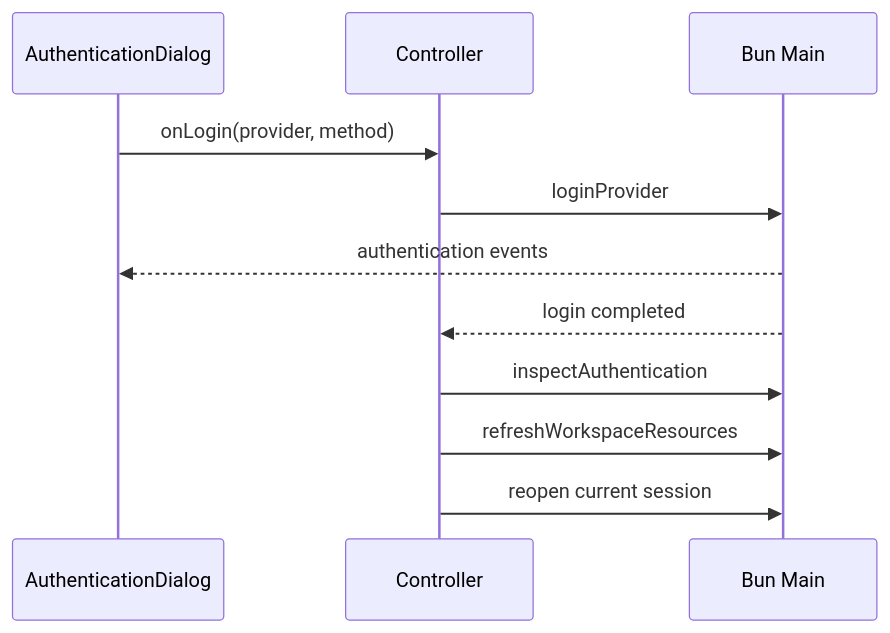
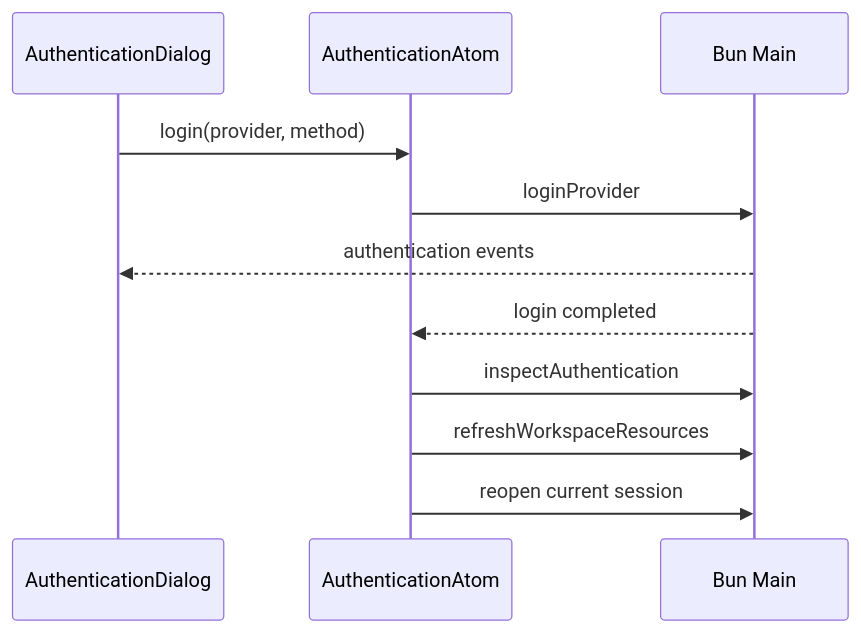
One commit to wind-chasers/oh-your-pi changed the diagram in src/mainview/biz/app/ai.prompt.md. Above: the diagram before and after it, drawn with Mermaid. The commit also changed other lines of this file and 25 other files, not shown here.

````diff
--- a/src/mainview/biz/app/ai.prompt.md
+++ b/src/mainview/biz/app/ai.prompt.md
@@ -50,14 +50,14 @@
 ```mermaid
 sequenceDiagram
   participant Dialog as AuthenticationDialog
-  participant Controller
+  participant Atom as AuthenticationAtom
   participant Main as Bun Main
 
-  Dialog->>Controller: onLogin(provider, method)
-  Controller->>Main: loginProvider
+  Dialog->>Atom: login(provider, method)
+  Atom->>Main: loginProvider
   Main-->>Dialog: authentication events
-  Main-->>Controller: login completed
-  Controller->>Main: inspectAuthentication
-  Controller->>Main: refreshWorkspaceResources
-  Controller->>Main: reopen current session
+  Main-->>Atom: login completed
+  Atom->>Main: inspectAuthentication
+  Atom->>Main: refreshWorkspaceResources
+  Atom->>Main: reopen current session
 ```
````
